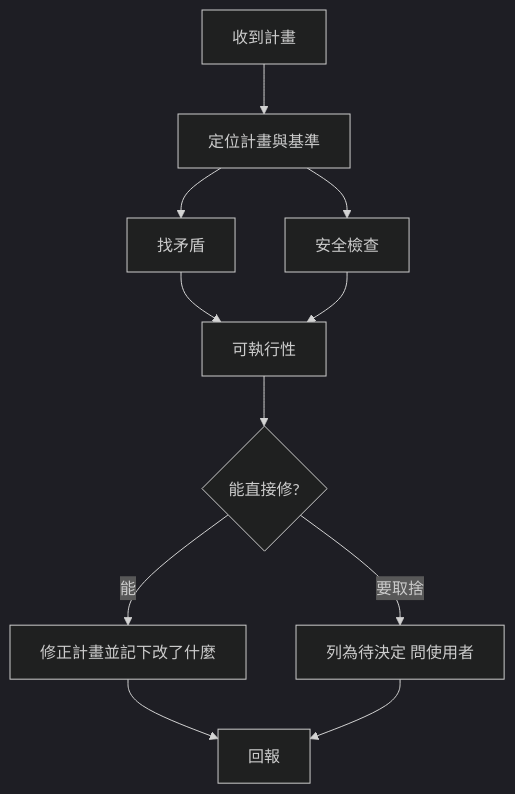
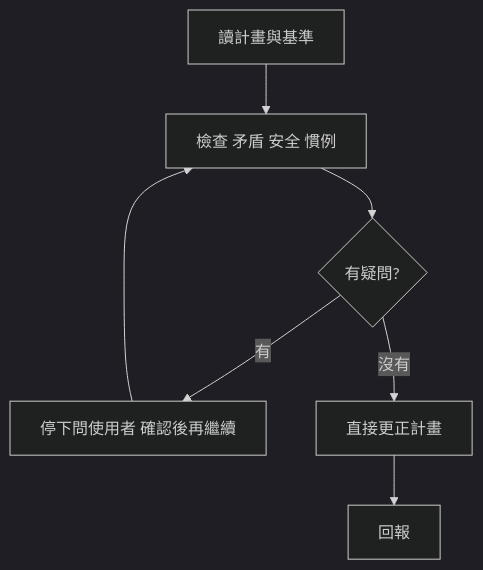
The diagram in my-plugins/my-workflow/skills/my-plan-review/SKILL.md (VECTOR-COOL/my-agent-toolkit), drawn with Mermaid (dark theme) before and after one commit. The commit also changed other lines of this file and 5 other files, not shown here.

````diff
--- a/my-plugins/my-workflow/skills/my-plan-review/SKILL.md
+++ b/my-plugins/my-workflow/skills/my-plan-review/SKILL.md
@@ -10,13 +8,9 @@
 ```mermaid
 graph TD
-  A[收到計畫] --> B[定位計畫與基準]
-  B --> C[找矛盾]
-  B --> D[安全檢查]
-  C --> E[可執行性]
-  D --> E
-  E --> F{能直接修?}
-  F -->|能| G[修正計畫並記下改了什麼]
-  F -->|要取捨| H[列為待決定 問使用者]
-  G --> R[回報]
-  H --> R
+  A[讀計畫與基準] --> B[檢查 矛盾 安全 慣例]
+  B --> C{有疑問?}
+  C -->|有| Q[停下問使用者 確認後再繼續]
+  Q --> B
+  C -->|沒有| D[直接更正計畫]
+  D --> R[回報]
 ```
````
